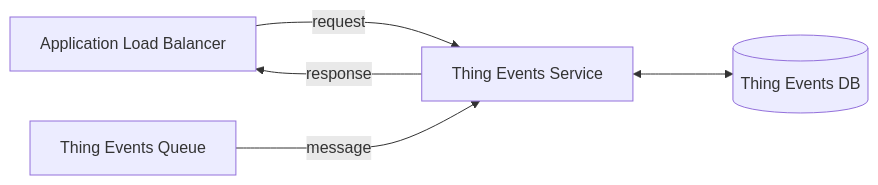
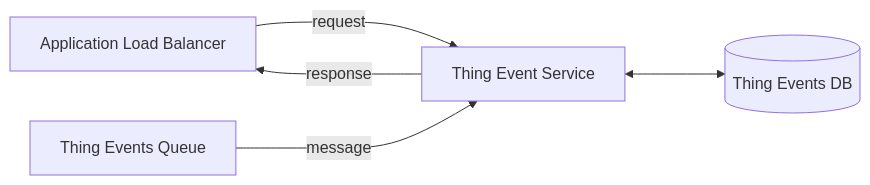
One commit to darrylmorton/ct-iot-event-service changed the diagram in docs/DIAGRAMS.md. Above: the diagram before and after it, drawn with Mermaid.

Commit message:
Update DIAGRAMS.md (#6)

````diff
--- a/docs/DIAGRAMS.md
+++ b/docs/DIAGRAMS.md
@@ -1,7 +1,7 @@
 ```mermaid
 flowchart LR
 
-    ALB[Application Load Balancer] --request---> ThingEventsService[Thing Events Service] <---> ThingEventsDB[(Thing Events DB)]
-    ThingEventsService --response---> ALB
-    ThingEventsQueue[Thing Events Queue] --message---> ThingEventsService
+    ALB[Application Load Balancer] --request---> ThingEventService[Thing Event Service] <---> ThingEventsDB[(Thing Events DB)]
+    ThingEventService --response---> ALB
+    ThingEventsQueue[Thing Events Queue] --message---> ThingEventService
 ```
````
